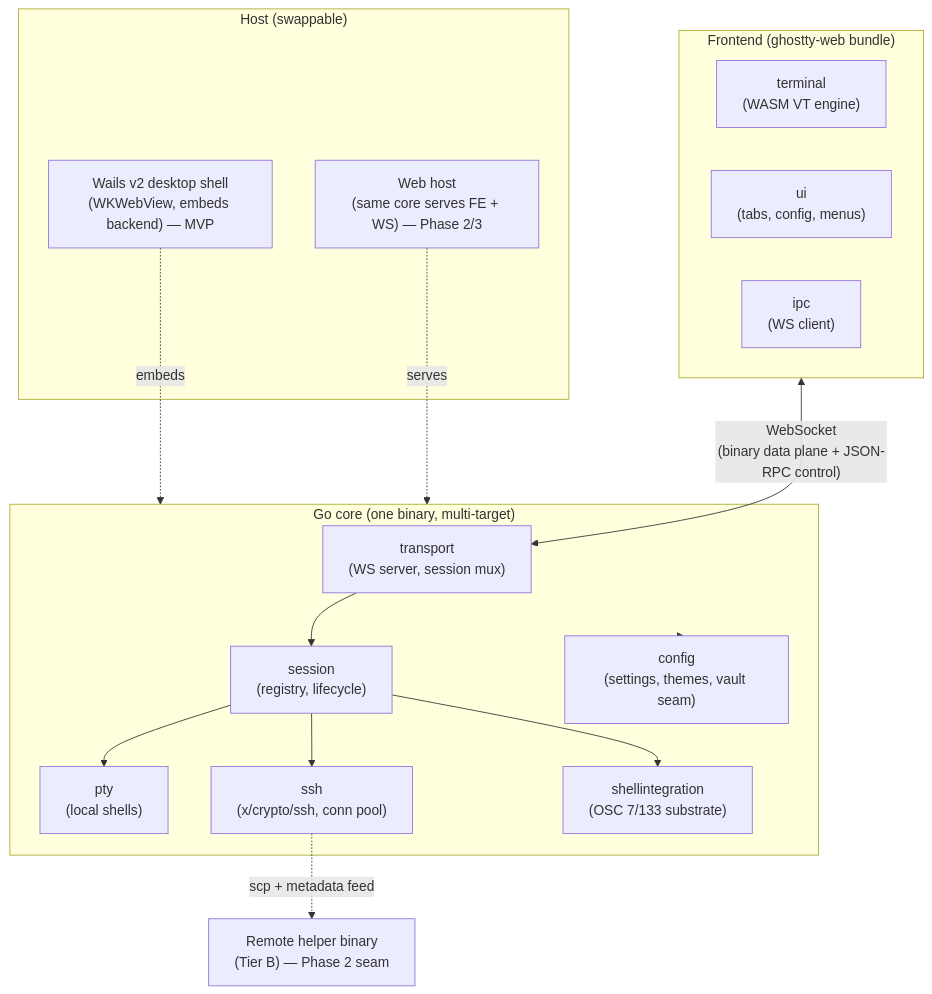
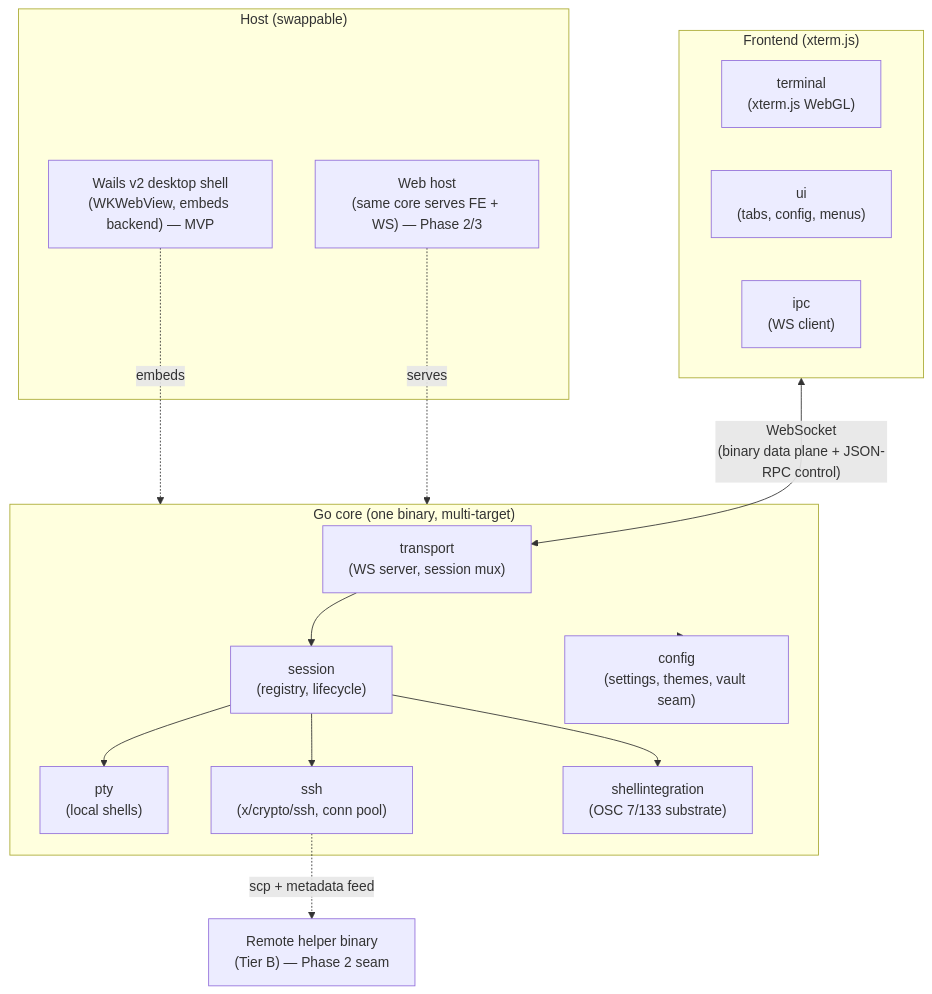
The first of 2 diagrams in docs/architecture.md (shady2k/nocx), drawn with Mermaid before and after one commit. The commit also changed other lines of this file and 12 other files, not shown here.

````diff
--- a/docs/architecture.md
+++ b/docs/architecture.md
@@ -16,34 +16,34 @@
 ```mermaid
 graph TB
     subgraph host["Host (swappable)"]
         wails["Wails v2 desktop shell<br/>(WKWebView, embeds backend) — MVP"]
         webhost["Web host<br/>(same core serves FE + WS) — Phase 2/3"]
     end
 
-    subgraph fe["Frontend (ghostty-web bundle)"]
-        terminal["terminal<br/>(WASM VT engine)"]
+    subgraph fe["Frontend (xterm.js)"]
+        terminal["terminal<br/>(xterm.js WebGL)"]
         ui["ui<br/>(tabs, config, menus)"]
         ipc["ipc<br/>(WS client)"]
     end
 
     subgraph core["Go core (one binary, multi-target)"]
         transport["transport<br/>(WS server, session mux)"]
         session["session<br/>(registry, lifecycle)"]
         pty["pty<br/>(local shells)"]
         ssh["ssh<br/>(x/crypto/ssh, conn pool)"]
         config["config<br/>(settings, themes, vault seam)"]
         shellint["shellintegration<br/>(OSC 7/133 substrate)"]
     end
 
     remote["Remote helper binary<br/>(Tier B) — Phase 2 seam"]
 
     wails -.embeds.-> core
     webhost -.serves.-> core
     fe <-->|"WebSocket<br/>(binary data plane + JSON-RPC control)"| transport
     transport --> session
     session --> pty
     session --> ssh
     session --> shellint
     core --> config
     ssh -.->|"scp + metadata feed"| remote
 ```
````
